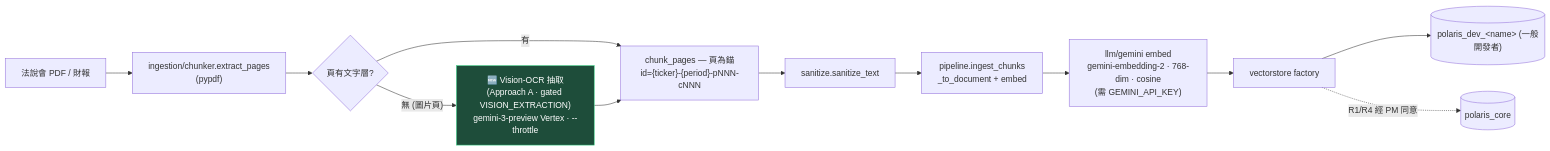
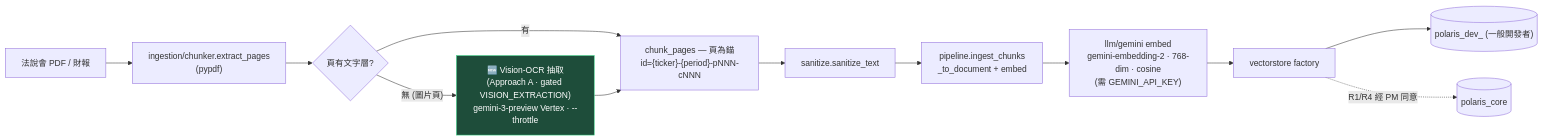
One commit to holajennytw/polaris-desk changed the third of 9 diagrams in docs/architecture.md. Above: the diagram before and after it, drawn with Mermaid. The commit also changed other lines of this file and 29 other files, not shown here.

````diff
--- a/docs/architecture.md
+++ b/docs/architecture.md
@@ -175,17 +175,17 @@
 ```mermaid
 flowchart LR
     PDF["法說會 PDF / 財報"] --> EXP["ingestion/chunker.extract_pages<br/>(pypdf)"]
     EXP --> HAS{"頁有文字層?"}
     HAS -->|有| CHK["chunk_pages — 頁為錨<br/>id={ticker}-{period}-pNNN-cNNN"]
     HAS -->|"無 (圖片頁)"| VIS["🆕 Vision-OCR 抽取<br/>(Approach A · gated VISION_EXTRACTION)<br/>gemini-3-preview Vertex · --throttle"]
     VIS --> CHK
     CHK --> SAN["sanitize.sanitize_text"]
     SAN --> PIPE["pipeline.ingest_chunks<br/>_to_document + embed"]
     PIPE --> EMB["llm/gemini embed<br/>gemini-embedding-2 · 768-dim · cosine<br/>(需 GEMINI_API_KEY)"]
     EMB --> FAC["vectorstore factory"]
-    FAC --> DEV[("polaris_dev_&lt;name&gt; (一般開發者)")]
+    FAC --> DEV[("polaris_dev_<name> (一般開發者)")]
     FAC -.->|"R1/R4 經 PM 同意"| CORE[("polaris_core")]
 
     classDef new fill:#1e4d3a,stroke:#3ad98a,color:#fff
     class VIS new
 ```
````
